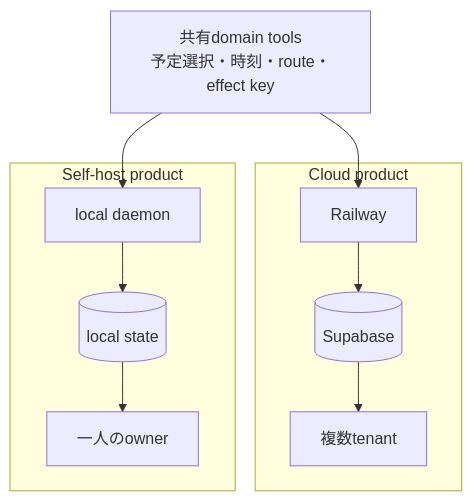
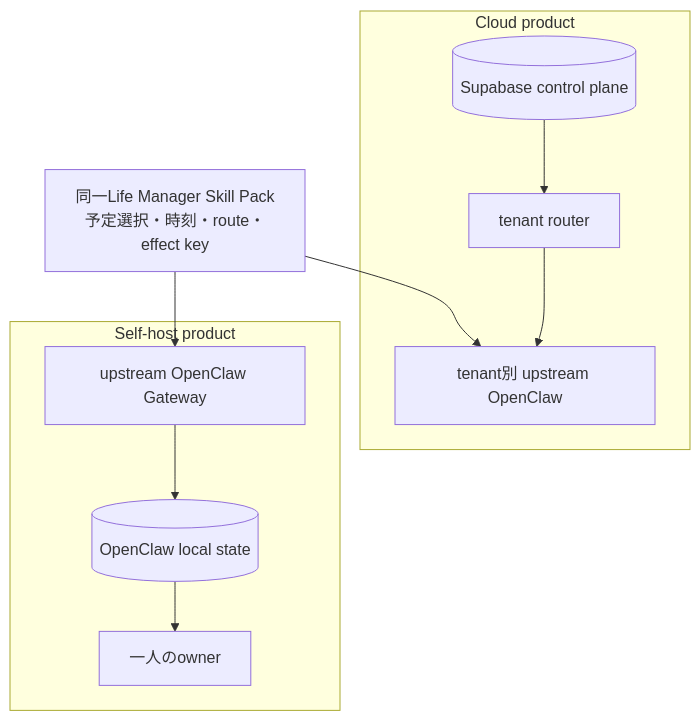
Before and after one commit to Daisuke134/anicca: the sixth of 11 diagrams in docs/superpowers/specs/2026-08-28-life-manager-cloud-telegram-product-ux-design.md, drawn with Mermaid. The commit also changed other lines of this file and 1 other file, not shown here.

Commit message:
docs(life-manager): standardize on upstream OpenClaw

````diff
--- a/docs/superpowers/specs/2026-08-28-life-manager-cloud-telegram-product-ux-design.md
+++ b/docs/superpowers/specs/2026-08-28-life-manager-cloud-telegram-product-ux-design.md
@@ -261,19 +293,21 @@
 ```mermaid
 flowchart TB
-  SHARED[共有domain tools\n予定選択・時刻・route・effect key]
+  SHARED[同一Life Manager Skill Pack\n予定選択・時刻・route・effect key]
 
   subgraph HOSTED[Cloud product]
-    RAIL[Railway]
-    SUPA[(Supabase)]
-    MULTI[複数tenant]
+    ROUTER[tenant router]
+    PODS[tenant別 upstream OpenClaw]
+    SUPA[(Supabase control plane)]
   end
 
   subgraph LOCAL[Self-host product]
-    DAEMON[local daemon]
-    LSTATE[(local state)]
+    DAEMON[upstream OpenClaw Gateway]
+    LSTATE[(OpenClaw local state)]
     ONE[一人のowner]
   end
 
-  SHARED --> RAIL --> SUPA --> MULTI
+  SHARED --> PODS
+  ROUTER --> PODS
+  SUPA --> ROUTER
   SHARED --> DAEMON --> LSTATE --> ONE
 ```
````
